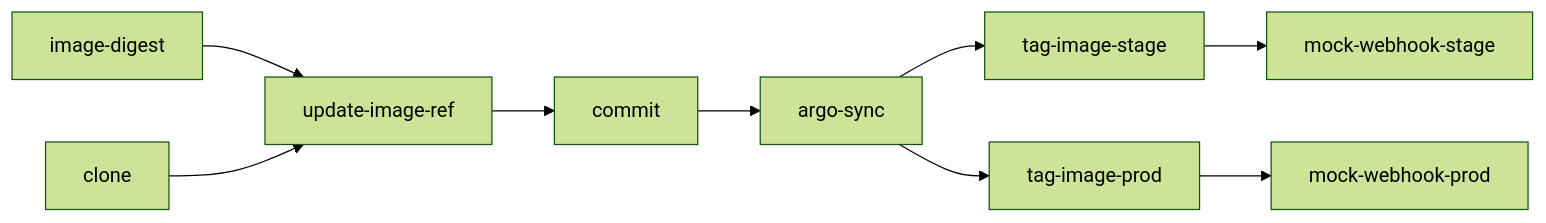
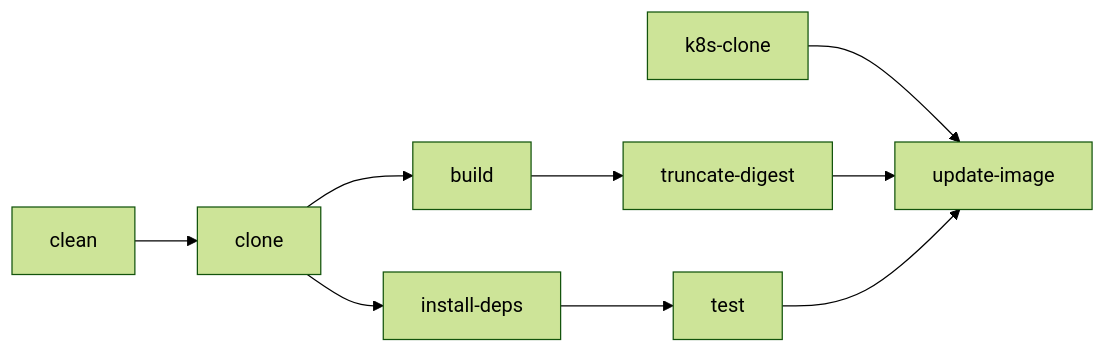
Before and after one commit to rh-hcas-emea/demo-gitops-cicd: the third of 3 diagrams in cicd/pipelines/README.md, drawn with Mermaid (forest theme). The commit also changed other lines of this file and 3 other files, not shown here.

````diff
--- a/cicd/pipelines/README.md
+++ b/cicd/pipelines/README.md
@@ -105,11 +111,11 @@
 ```mermaid
 flowchart LR
-    image-digest-->update-image-ref
-    clone-->update-image-ref
-    update-image-ref-->commit
-    commit-->argo-sync
-    argo-sync-->tag-image-stage
-    tag-image-stage-->mock-webhook-stage
-    argo-sync-->tag-image-prod
-    tag-image-prod-->mock-webhook-prod
+    clean-->clone
+    clone-->install-deps
+    install-deps-->test
+    clone-->build
+    build-->truncate-digest
+    k8s-clone-->update-image
+    truncate-digest-->update-image
+    test-->update-image
 ```
````
